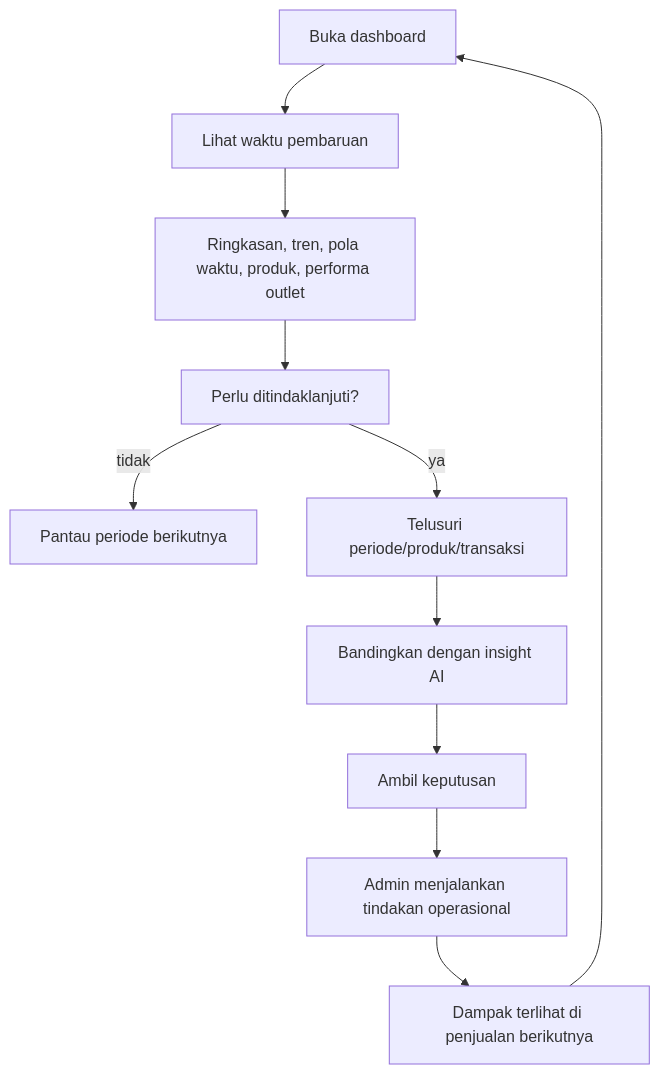
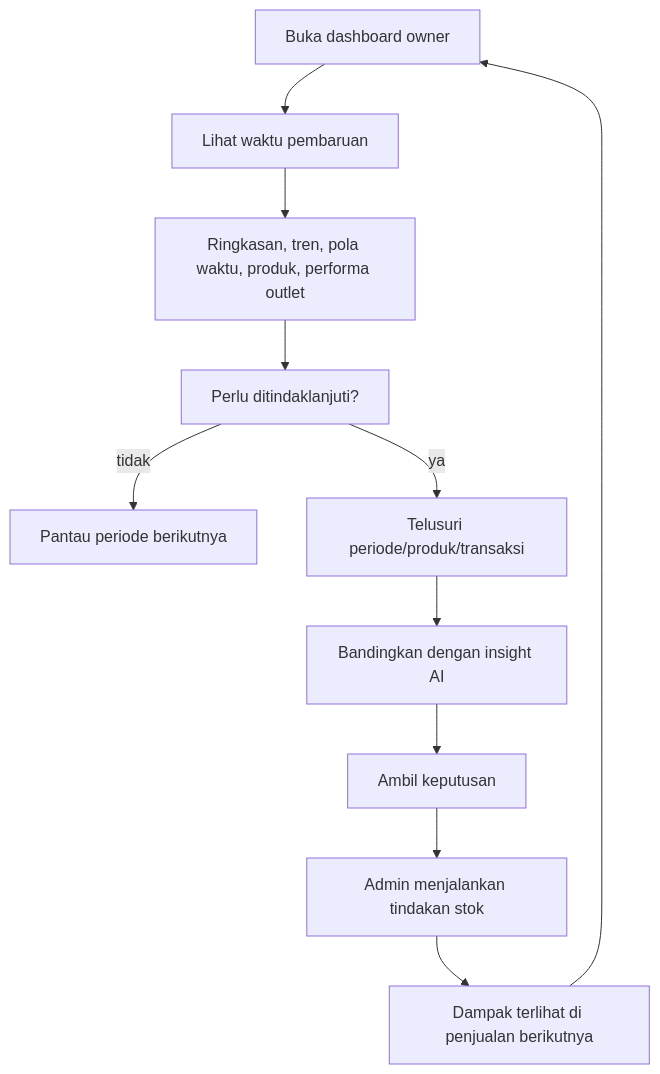
The fifth of 6 diagrams in docs/user-flow.md (TeamOneee/pos-project-be), drawn with Mermaid before and after one commit. The commit also changed other lines of this file and 9 other files, not shown here.

````diff
--- a/docs/user-flow.md
+++ b/docs/user-flow.md
@@ -141,13 +213,13 @@
 ```mermaid
 flowchart TD
-    A[Buka dashboard] --> B[Lihat waktu pembaruan]
+    A[Buka dashboard owner] --> B[Lihat waktu pembaruan]
     B --> C[Ringkasan, tren, pola waktu, produk, performa outlet]
     C --> D[Perlu ditindaklanjuti?]
     D -->|tidak| E[Pantau periode berikutnya]
     D -->|ya| F[Telusuri periode/produk/transaksi]
     F --> G[Bandingkan dengan insight AI]
     G --> H[Ambil keputusan]
-    H --> I[Admin menjalankan tindakan operasional]
+    H --> I[Admin menjalankan tindakan stok]
     I --> J[Dampak terlihat di penjualan berikutnya]
     J --> A
 ```
````
